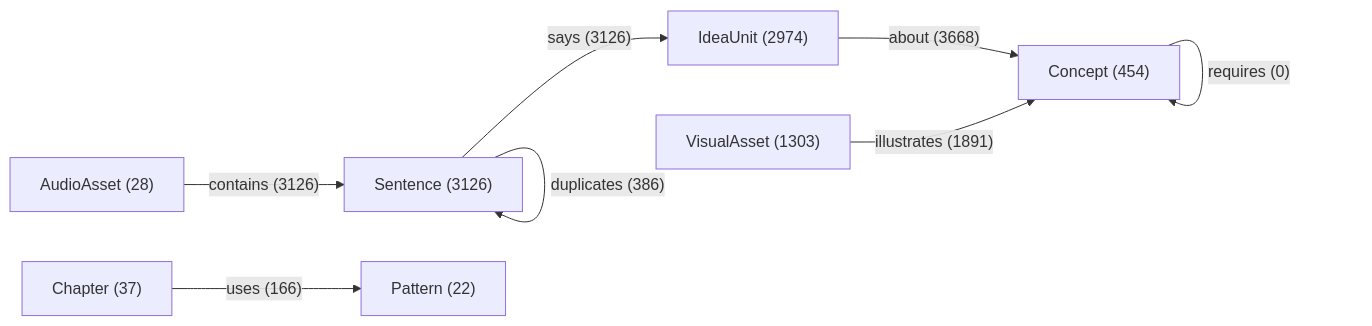
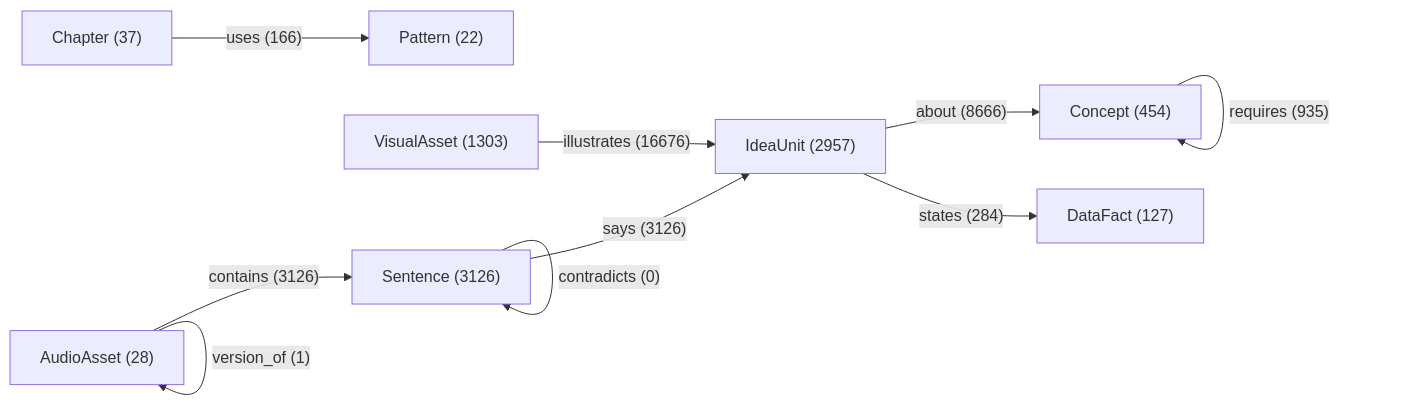
One commit to Ali1Nasser/Upload-documents changed the diagram in reports/graph/overview.md. Above: the diagram before and after it, drawn with Mermaid. The commit also changed other lines of this file and 50 other files, not shown here.

First line of the commit message:
P4: G4 pass 8/8 - idea units (tau 0.81, rule F1 0.876), about/states/illustrates/requires links, novelty/coverage/contradictions/order reports

````diff
--- a/reports/graph/overview.md
+++ b/reports/graph/overview.md
@@ -5,10 +5,13 @@
 ```mermaid
 graph LR
   AudioAsset["AudioAsset (28)"] -- "contains (3126)" --> Sentence["Sentence (3126)"]
-  Sentence["Sentence (3126)"] -- "says (3126)" --> IdeaUnit["IdeaUnit (2974)"]
-  IdeaUnit["IdeaUnit (2974)"] -- "about (3668)" --> Concept["Concept (454)"]
-  Concept["Concept (454)"] -- "requires (0)" --> Concept["Concept (454)"]
-  VisualAsset["VisualAsset (1303)"] -- "illustrates (1891)" --> Concept["Concept (454)"]
-  Sentence["Sentence (3126)"] -- "duplicates (386)" --> Sentence["Sentence (3126)"]
+  Sentence["Sentence (3126)"] -- "says (3126)" --> IdeaUnit["IdeaUnit (2957)"]
+  IdeaUnit["IdeaUnit (2957)"] -- "about (8666)" --> Concept["Concept (454)"]
+  IdeaUnit["IdeaUnit (2957)"] -- "states (284)" --> DataFact["DataFact (127)"]
+  Concept["Concept (454)"] -- "requires (935)" --> Concept["Concept (454)"]
+  VisualAsset["VisualAsset (1303)"] -- "illustrates (16676)" --> IdeaUnit["IdeaUnit (2957)"]
+  Sentence["Sentence (3126)"] -- "duplicates (323)" --> Sentence["Sentence (3126)"]
+  Sentence["Sentence (3126)"] -- "contradicts (0)" --> Sentence["Sentence (3126)"]
   Chapter["Chapter (37)"] -- "uses (166)" --> Pattern["Pattern (22)"]
+  AudioAsset["AudioAsset (28)"] -- "version_of (1)" --> AudioAsset["AudioAsset (28)"]
 ```
````
